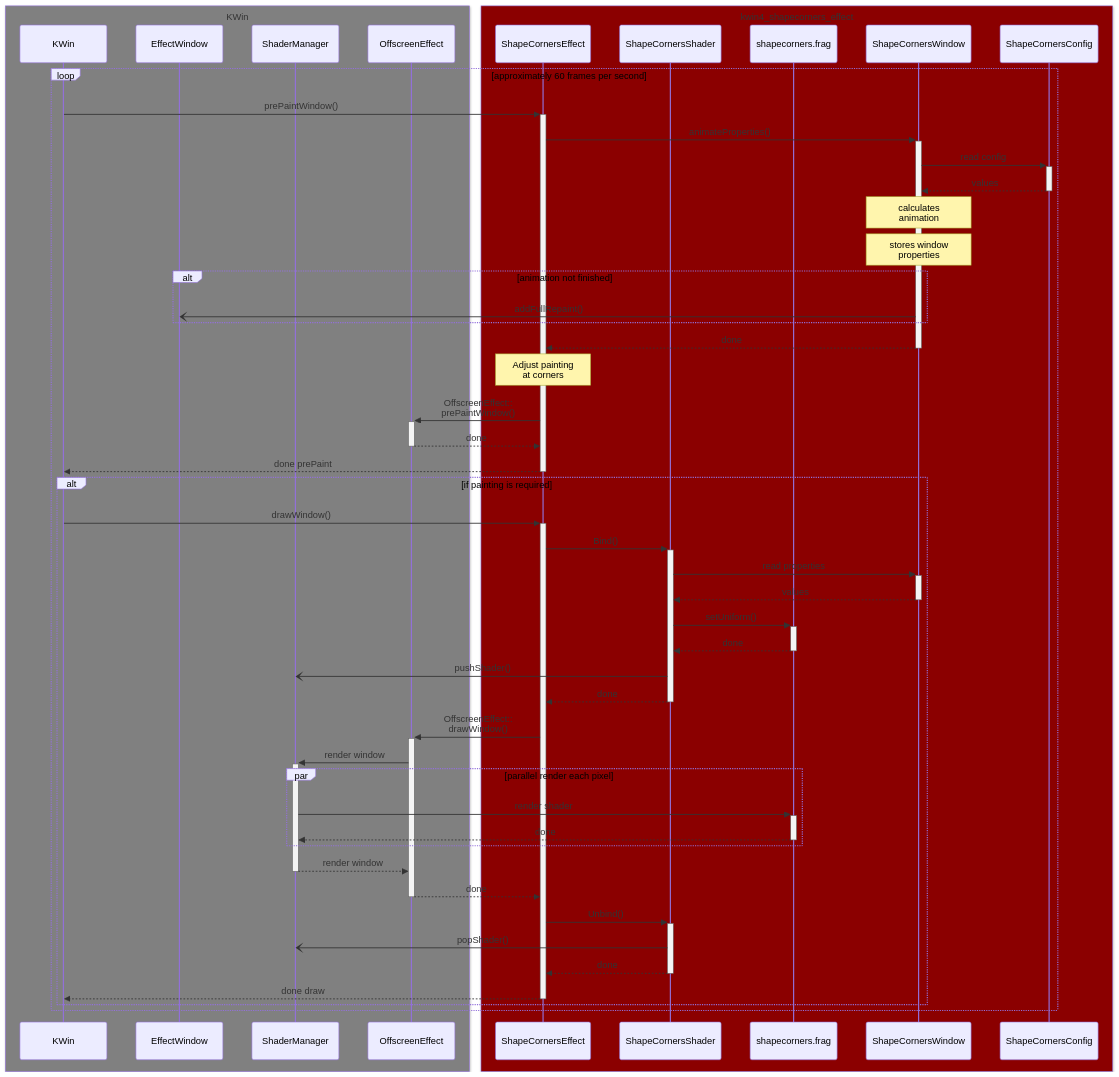
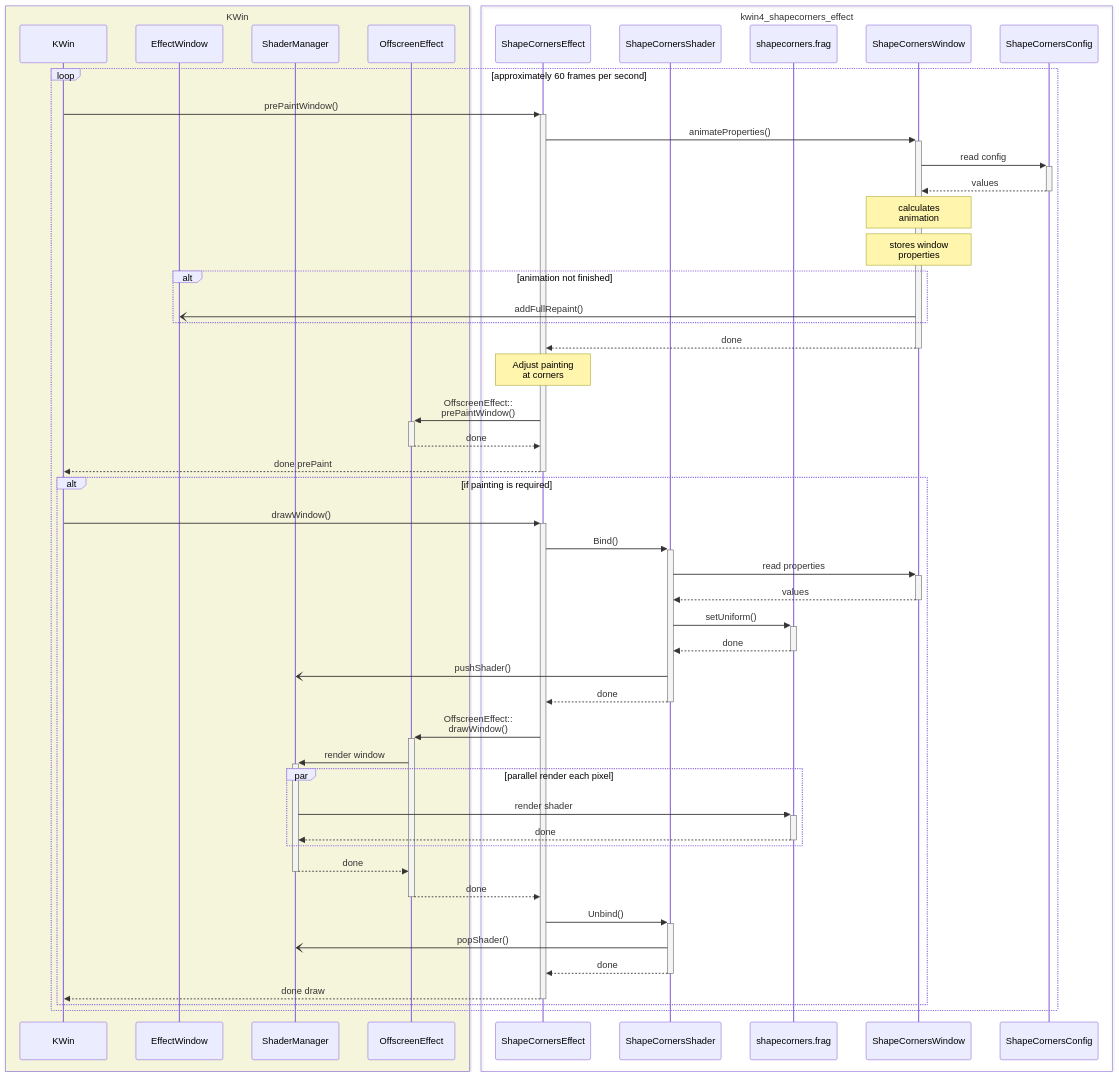
Before and after one commit to matinlotfali/KDE-Rounded-Corners: the diagram in SequenceDiagram.md, drawn with Mermaid.

````diff
--- a/SequenceDiagram.md
+++ b/SequenceDiagram.md
@@ -3,56 +3,56 @@
 ```mermaid
 sequenceDiagram
-    Box gray KWin
+    Box beige KWin
         participant KWin
         participant EffectWindow
         participant ShaderManager
         participant OffscreenEffect
     end
-    Box darkred kwin4_shapecorners_effect
+    Box kwin4_shapecorners_effect
         participant ShapeCornersEffect
         participant ShapeCornersShader
         participant shapecorners.frag
         participant ShapeCornersWindow
         participant ShapeCornersConfig
     end
 
     loop approximately 60 frames per second
         KWin->>+ShapeCornersEffect: prePaintWindow()
         ShapeCornersEffect->>+ShapeCornersWindow: animateProperties()
         ShapeCornersWindow->>+ShapeCornersConfig: read config
         ShapeCornersConfig-->>-ShapeCornersWindow: values
         Note over ShapeCornersWindow: calculates<br>animation
         Note over ShapeCornersWindow: stores window<br>properties
         alt animation not finished
             ShapeCornersWindow-)EffectWindow: addFullRepaint()
         end
         ShapeCornersWindow-->>-ShapeCornersEffect: done
         Note over ShapeCornersEffect: Adjust painting<br>at corners
         ShapeCornersEffect->>+OffscreenEffect: OffscreenEffect::<br>prePaintWindow()
         OffscreenEffect-->>-ShapeCornersEffect: done
         ShapeCornersEffect-->>-KWin: done prePaint
         
         alt if painting is required
             KWin->>+ShapeCornersEffect: drawWindow()
             ShapeCornersEffect->>+ShapeCornersShader: Bind()
             ShapeCornersShader->>+ShapeCornersWindow: read properties
             ShapeCornersWindow-->>-ShapeCornersShader: values
             ShapeCornersShader->>+shapecorners.frag: setUniform()
             shapecorners.frag-->>-ShapeCornersShader: done
             ShapeCornersShader-)ShaderManager: pushShader()
             ShapeCornersShader-->>-ShapeCornersEffect: done
             ShapeCornersEffect->>+OffscreenEffect: OffscreenEffect::<br>drawWindow()
             OffscreenEffect->>+ShaderManager: render window
             par parallel render each pixel
                 ShaderManager->>+shapecorners.frag: render shader
                 shapecorners.frag-->>-ShaderManager: done
             end
-            ShaderManager-->>-OffscreenEffect: render window
+            ShaderManager-->>-OffscreenEffect: done
             OffscreenEffect-->>-ShapeCornersEffect: done
             ShapeCornersEffect->>+ShapeCornersShader: Unbind()
             ShapeCornersShader-)ShaderManager: popShader()
             ShapeCornersShader-->>-ShapeCornersEffect: done
             ShapeCornersEffect-->>-KWin: done draw
         end
     end
 ```
````
